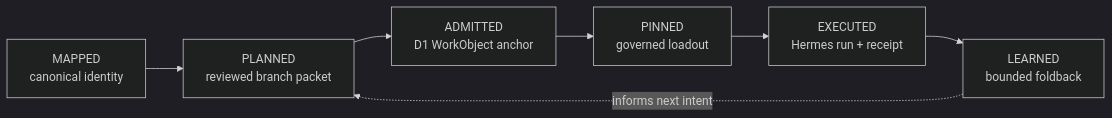
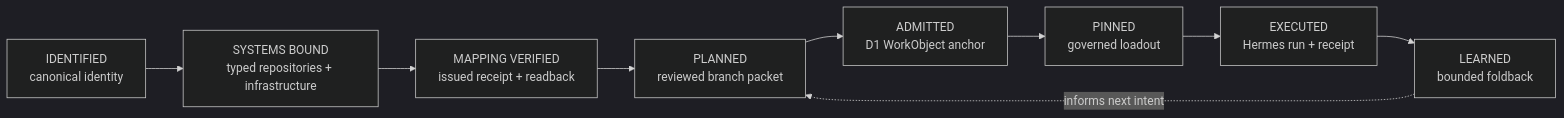
The diagram in docs/architecture/fitcheck-golden-path.md (Sheshiyer/cambium), drawn with Mermaid (dark theme) before and after one commit. The commit also changed other lines of this file and 97 other files, not shown here.

````diff
--- a/docs/architecture/fitcheck-golden-path.md
+++ b/docs/architecture/fitcheck-golden-path.md
@@ -22,9 +23,11 @@
 ```mermaid
 flowchart LR
-  M["MAPPED\ncanonical identity"] --> P["PLANNED\nreviewed branch packet"]
+  I["IDENTIFIED\ncanonical identity"] --> S["SYSTEMS BOUND\ntyped repositories + infrastructure"]
+  S --> M["MAPPING VERIFIED\nissued receipt + readback"]
+  M --> P["PLANNED\nreviewed branch packet"]
   P --> A["ADMITTED\nD1 WorkObject anchor"]
   A --> L["PINNED\ngoverned loadout"]
   L --> E["EXECUTED\nHermes run + receipt"]
   E --> R["LEARNED\nbounded foldback"]
   R -. "informs next intent" .-> P
 ```
````
